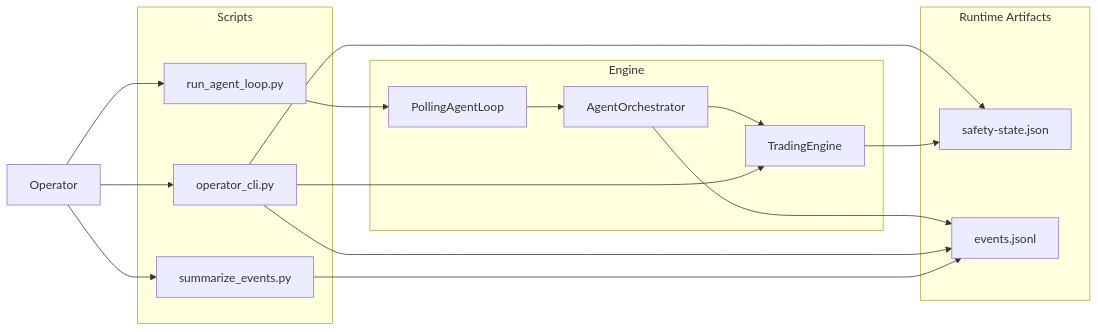
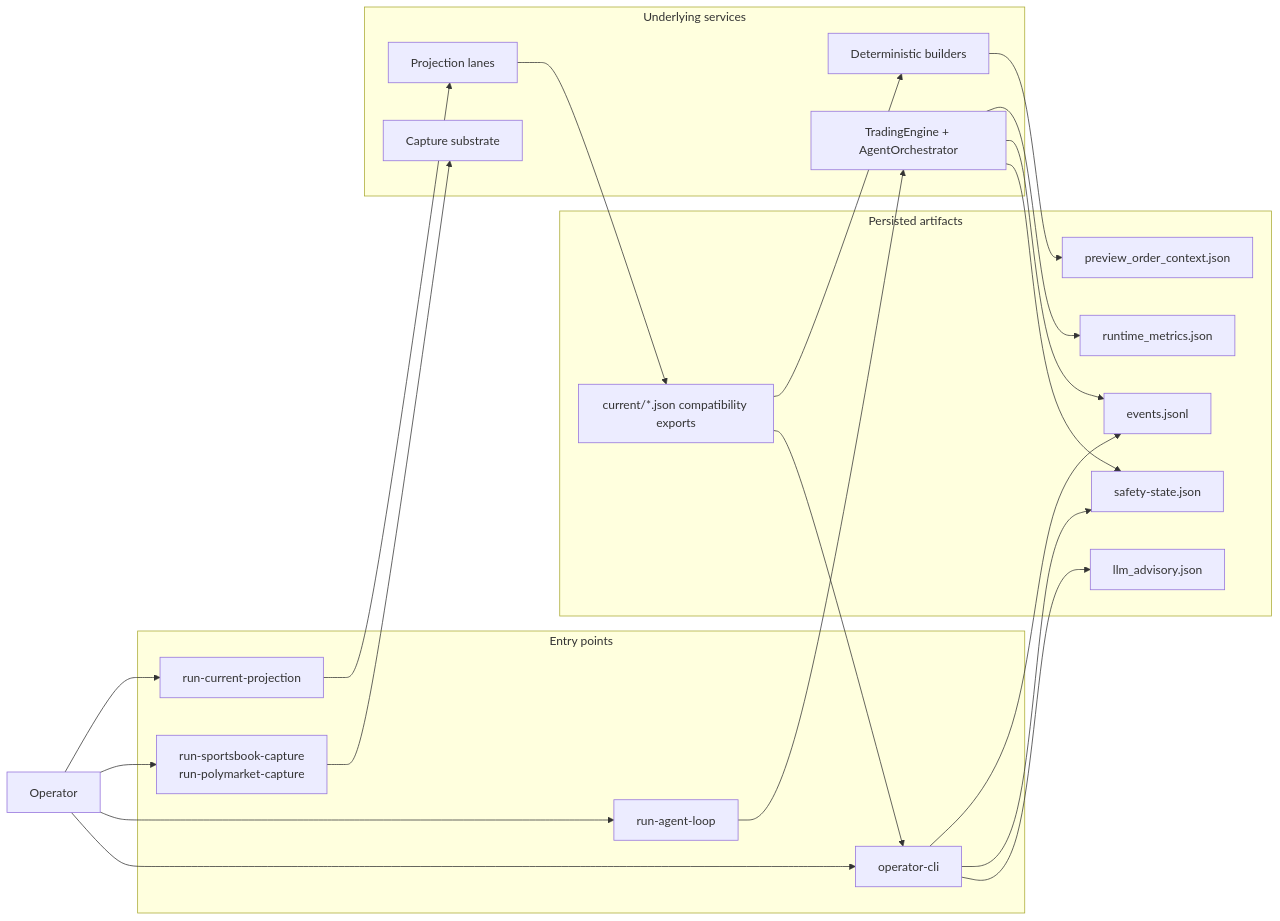
One commit to harshitagarwal2/polymarket-prediction-agent changed the diagram in docs/diagrams/07-operator-control-plane.md. Above: the diagram before and after it, drawn with Mermaid. The commit also changed other lines of this file and 8 other files, not shown here.

First line of the commit message:
Refresh architecture diagrams

````diff
--- a/docs/diagrams/07-operator-control-plane.md
+++ b/docs/diagrams/07-operator-control-plane.md
@@ -5,36 +5,46 @@
 ```mermaid
 flowchart LR
     operator[Operator]
 
-    subgraph scripts[Scripts]
-        loop[run_agent_loop.py]
-        cli[operator_cli.py]
-        summary[summarize_events.py]
+    subgraph entrypoints[Entry points]
+        runtime[run-agent-loop]
+        cli[operator-cli]
+        capture[run-sportsbook-capture\nrun-polymarket-capture]
+        projector[run-current-projection]
     end
 
-    subgraph runtime[Runtime Artifacts]
+    subgraph artifacts[Persisted artifacts]
         safety[safety-state.json]
         journal[events.jsonl]
+        advisory[llm_advisory.json]
+        preview[preview_order_context.json]
+        metrics[runtime_metrics.json]
+        current[current/*.json compatibility exports]
     end
 
-    subgraph engine[Engine]
-        poll[PollingAgentLoop]
-        orch[AgentOrchestrator]
-        run[TradingEngine]
+    subgraph services[Underlying services]
+        captureSvc[Capture substrate]
+        projectionSvc[Projection lanes]
+        builderSvc[Deterministic builders]
+        runtimeSvc[TradingEngine + AgentOrchestrator]
     end
 
-    operator --> loop
     operator --> cli
-    operator --> summary
+    operator --> runtime
+    operator --> capture
+    operator --> projector
 
-    loop --> poll
-    poll --> orch
-    orch --> run
-
+    capture --> captureSvc
+    projector --> projectionSvc
+    projectionSvc --> current
+    builderSvc --> preview
+    cli --> advisory
+    runtime --> runtimeSvc
+    runtimeSvc --> safety
+    runtimeSvc --> journal
+    runtimeSvc --> metrics
     cli --> safety
-    run --> safety
-    orch --> journal
     cli --> journal
-    summary --> journal
-    cli --> run
+    current --> cli
+    current --> builderSvc
 ```
````
